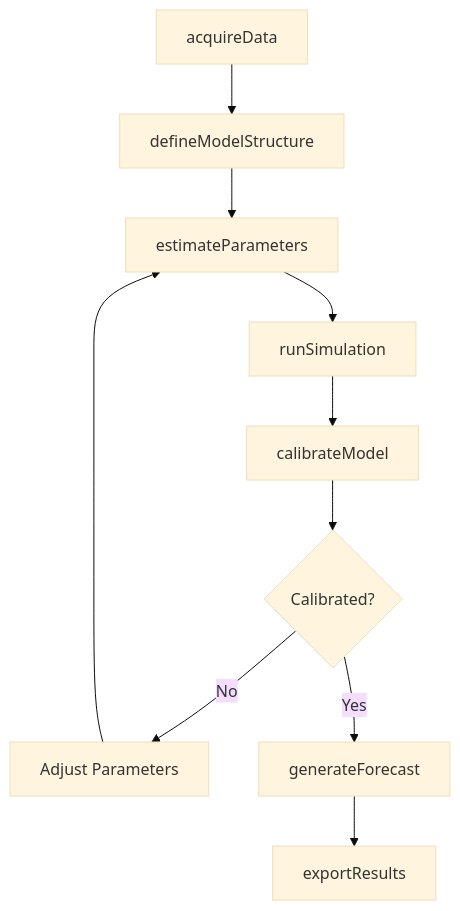
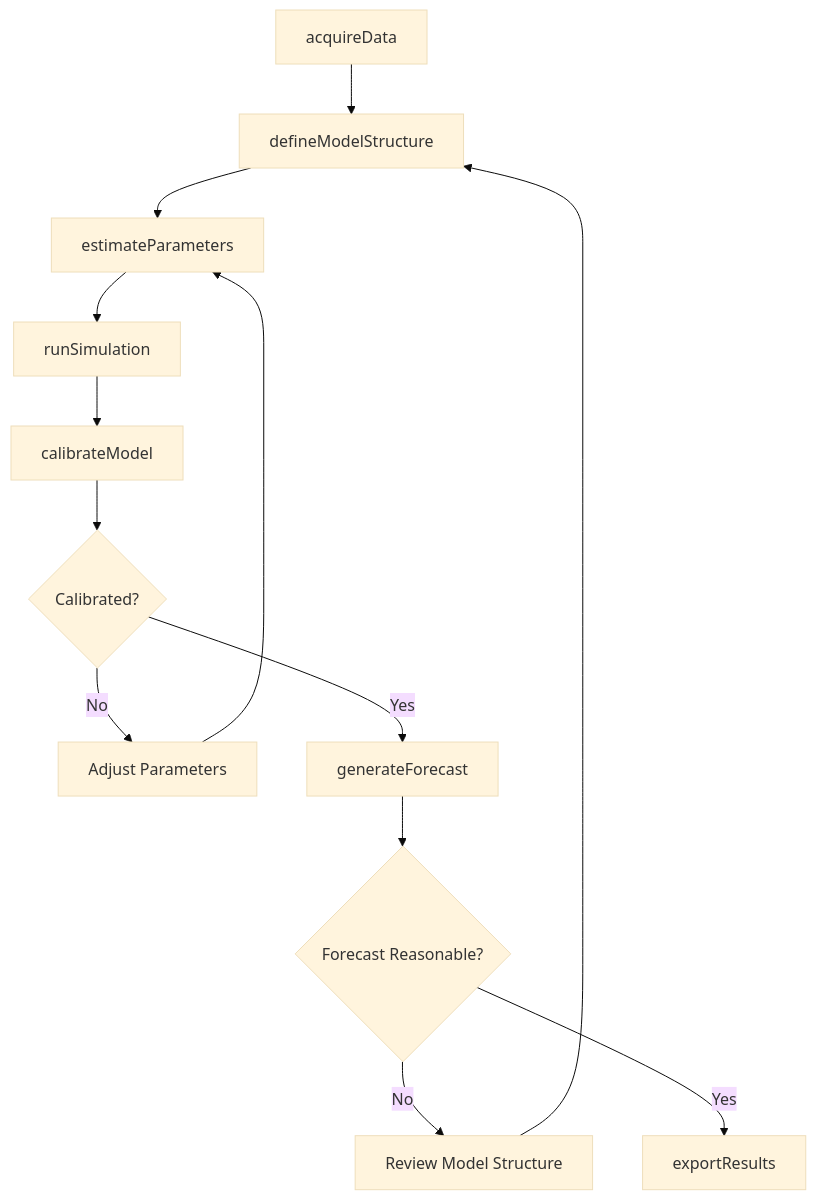
One commit to dot-org-ai/tasks.org.ai changed the third of 4 diagrams in ThinkingCreatively/DevelopScientificOrMathematicalTheoriesOrModels/DevelopMathematicalModelsEnvironmentalConditions.mdx. Above: the diagram before and after it, drawn with Mermaid (base theme). The commit also changed other lines of this file and 266 other files, not shown here.

First line of the commit message:
feat: Add ER diagrams, state diagrams to wave 2 batch (251 DWA files)

````diff
--- a/ThinkingCreatively/DevelopScientificOrMathematicalTheoriesOrModels/DevelopMathematicalModelsEnvironmentalConditions.mdx
+++ b/ThinkingCreatively/DevelopScientificOrMathematicalTheoriesOrModels/DevelopMathematicalModelsEnvironmentalConditions.mdx
@@ -86,12 +115,15 @@
 ```mermaid
 graph TD
     A[acquireData] --> B[defineModelStructure]
     B --> C[estimateParameters]
     C --> D[runSimulation]
     D --> E[calibrateModel]
     E --> F{Calibrated?}
     F -->|No| G[Adjust Parameters]
     G --> C
     F -->|Yes| H[generateForecast]
-    H --> I[exportResults]
+    H --> I{Forecast Reasonable?}
+    I -->|No| J[Review Model Structure]
+    J --> B
+    I -->|Yes| K[exportResults]
 ```
````
